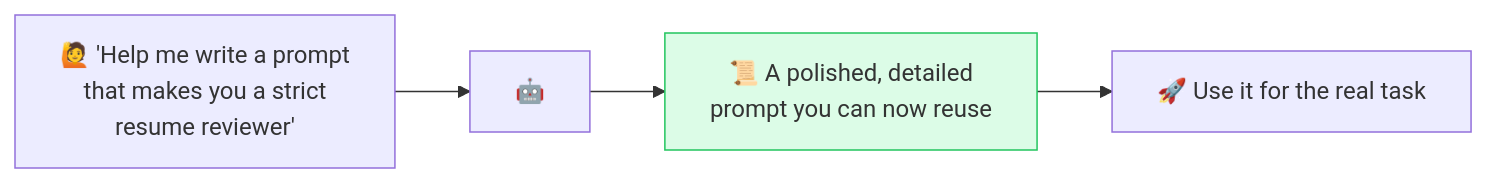
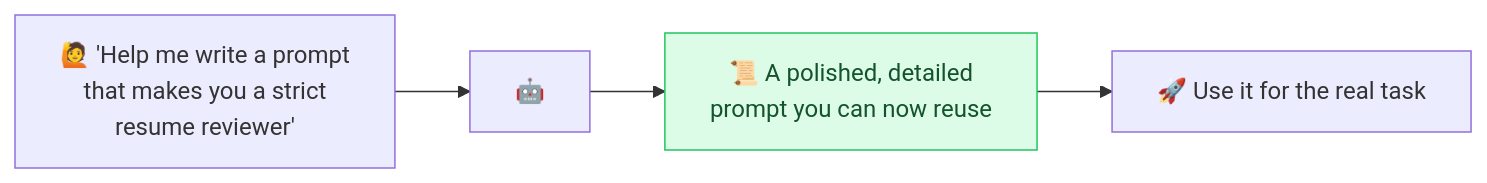
One commit to behnia137/prompt-engineering-visual changed the diagram in techniques/meta-prompting.md. Above: the diagram before and after it, drawn with Mermaid. The commit also changed 24 other files, not shown here.

First line of the commit message:
Fix Mermaid: escaped-quote parse errors + dark-mode text contrast

````diff
--- a/techniques/meta-prompting.md
+++ b/techniques/meta-prompting.md
@@ -7,7 +7,7 @@
 ```mermaid
 flowchart LR
     Y["🙋 'Help me write a prompt<br/>that makes you a strict<br/>resume reviewer'"] --> AI[🤖]
     AI --> P["📜 A polished, detailed<br/>prompt you can now reuse"]
     P --> U["🚀 Use it for the real task"]
-    style P fill:#dcfce7,stroke:#22c55e
+    style P fill:#dcfce7,stroke:#22c55e,color:#14532d
 ```
````
